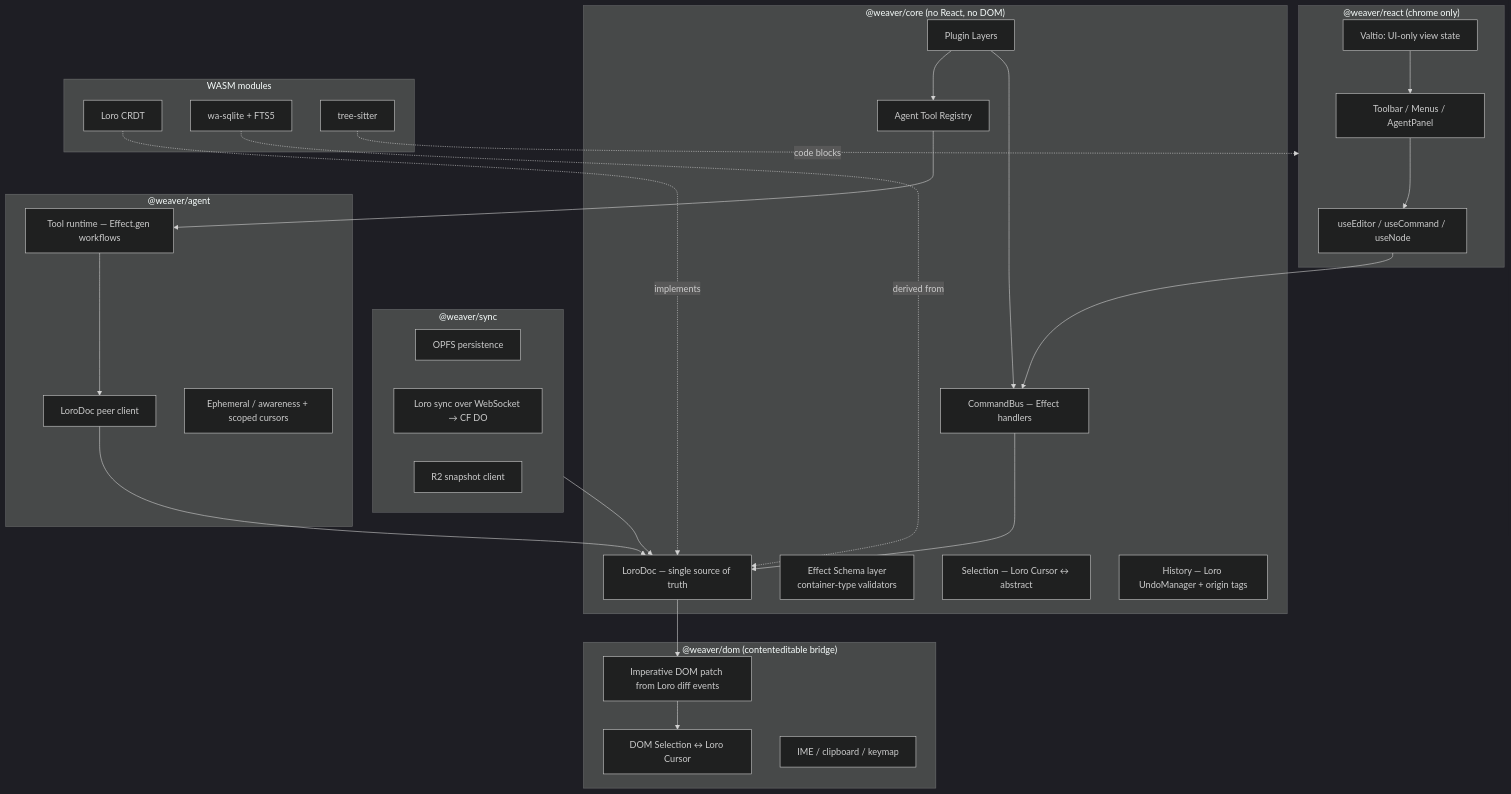
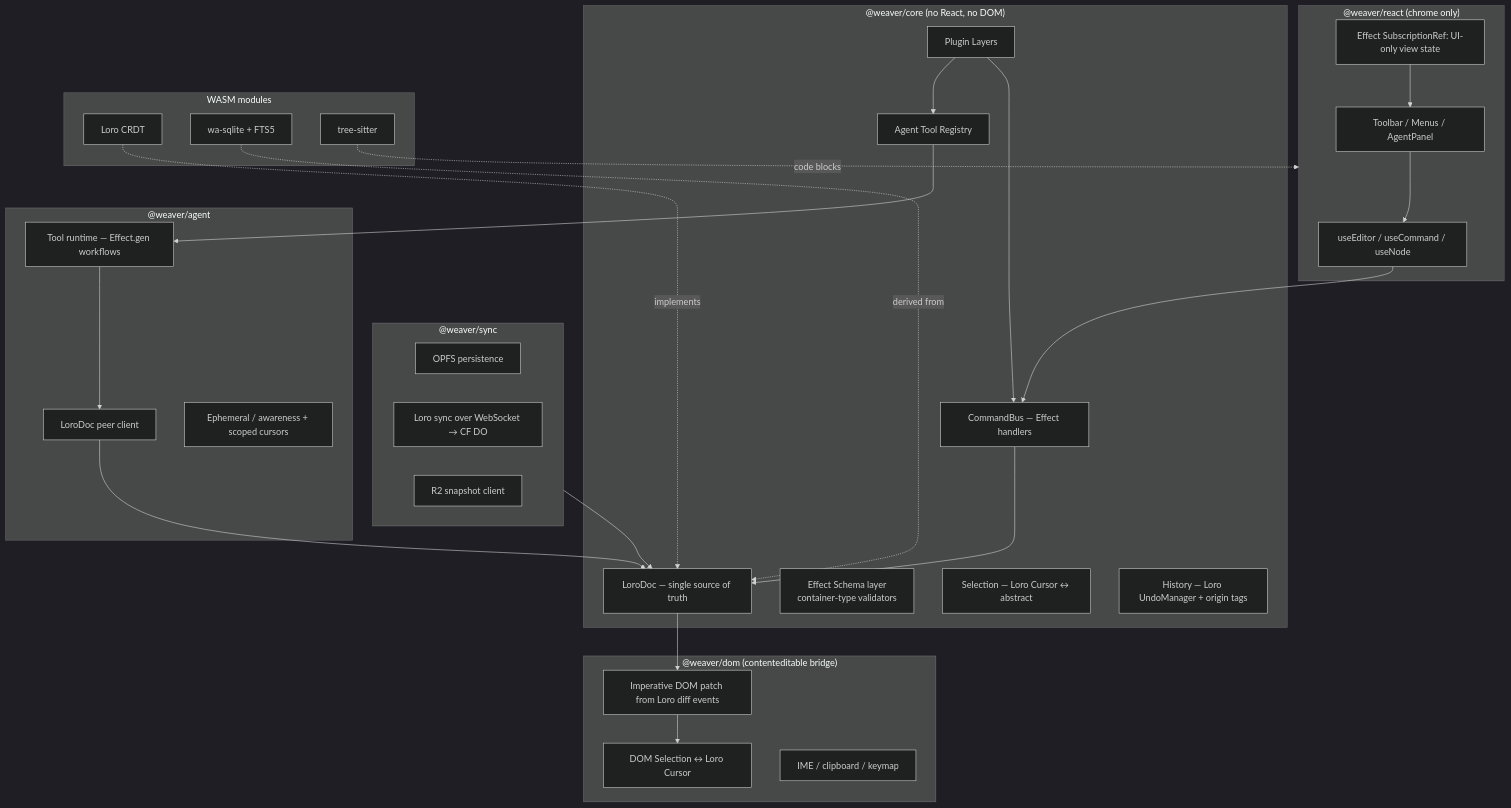
One commit to OpenHackersClub/weaver changed the first of 4 diagrams in specs/architecture.md. Above: the diagram before and after it, drawn with Mermaid (dark theme). The commit also changed other lines of this file and 7 other files, not shown here.

First line of the commit message:
docs: ADR 0007 — UI state on Effect-TS SubscriptionRef (drop Valtio)

````diff
--- a/specs/architecture.md
+++ b/specs/architecture.md
@@ -7,58 +7,58 @@
 ```mermaid
 flowchart TB
   subgraph Core["@weaver/core (no React, no DOM)"]
     Doc[LoroDoc — single source of truth]
     Schema[Effect Schema layer<br/>container-type validators]
     Cmd[CommandBus — Effect handlers]
     Sel[Selection — Loro Cursor ↔ abstract]
     History[History — Loro UndoManager + origin tags]
     Plugins[Plugin Layers]
     AgentReg[Agent Tool Registry]
   end
 
   subgraph DOM["@weaver/dom (contenteditable bridge)"]
     Bridge[Imperative DOM patch from Loro diff events]
     DOMSel[DOM Selection ↔ Loro Cursor]
     Input[IME / clipboard / keymap]
   end
 
   subgraph React["@weaver/react (chrome only)"]
     Hooks[useEditor / useCommand / useNode]
     UI[Toolbar / Menus / AgentPanel]
-    Valtio[Valtio: UI-only view state]
+    UiStore[Effect SubscriptionRef: UI-only view state]
   end
 
   subgraph Sync["@weaver/sync"]
     IDB[OPFS persistence]
     WS[Loro sync over WebSocket → CF DO]
     Snapshot[R2 snapshot client]
   end
 
   subgraph Agent["@weaver/agent"]
     Peer[LoroDoc peer client]
     Tools[Tool runtime — Effect.gen workflows]
     Presence[Ephemeral / awareness + scoped cursors]
   end
 
   subgraph WASM["WASM modules"]
     Loro[Loro CRDT]
     SQLite[wa-sqlite + FTS5]
     TS[tree-sitter]
   end
 
   Doc --> Bridge
   Bridge --> DOMSel
   Cmd --> Doc
   Plugins --> Cmd
   Plugins --> AgentReg
   AgentReg --> Tools
   Tools --> Peer
   Peer --> Doc
   Sync --> Doc
   Hooks --> Cmd
   UI --> Hooks
-  Valtio --> UI
+  UiStore --> UI
   Loro -.implements.-> Doc
   SQLite -.derived from.-> Doc
   TS -.code blocks.-> React
 ```
````
